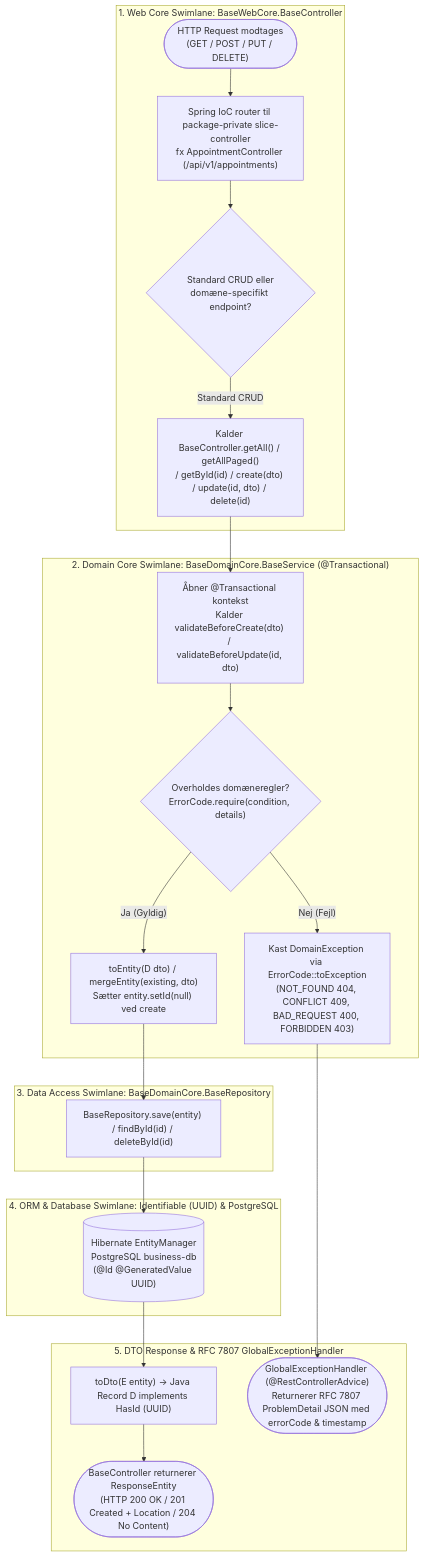
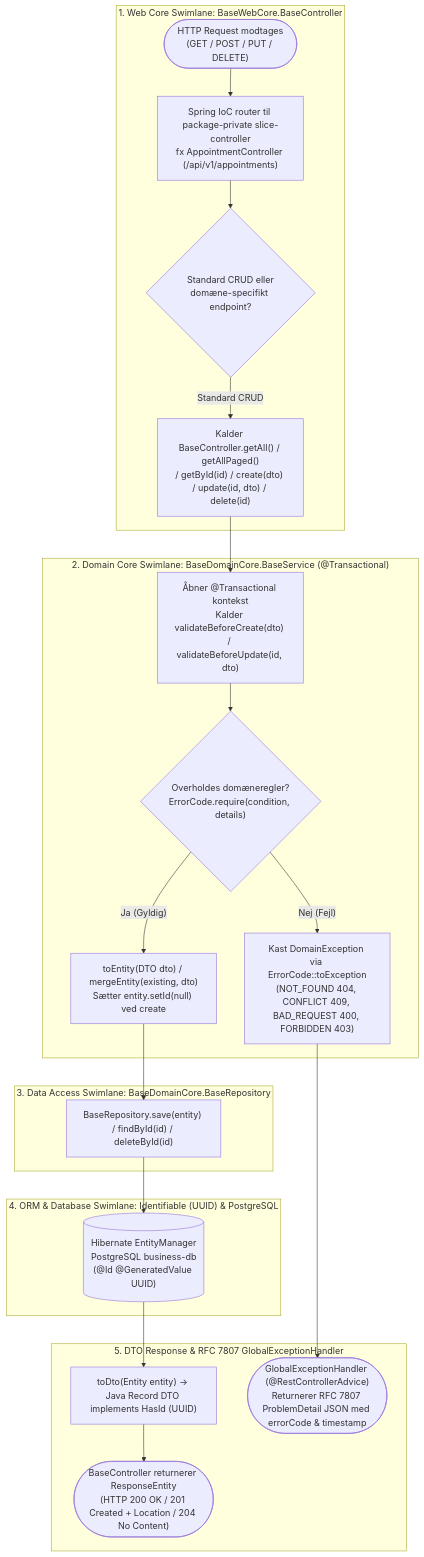
One commit to 7-3-N-3-7/api changed the ninth of 24 diagrams in HOVEDOPGAVE_DIAGRAMMER.md. Above: the diagram before and after it, drawn with Mermaid. The commit also changed other lines of this file and 64 other files, not shown here.

First line of the commit message:
fix github pages diagrams (#104)

````diff
--- a/HOVEDOPGAVE_DIAGRAMMER.md
+++ b/HOVEDOPGAVE_DIAGRAMMER.md
@@ -500,29 +500,29 @@
 ```mermaid
 flowchart TD
-    subgraph Lane1["1. Web Core Swimlane: BaseWebCore.BaseController<E, D>"]
+    subgraph Lane1["1. Web Core Swimlane: BaseWebCore.BaseController<Entity, DTO>"]
         A1(["HTTP Request modtages\n(GET / POST / PUT / DELETE)"]) --> A2["Spring IoC router til package-private slice-controller\nfx AppointmentController (/api/v1/appointments)"]
         A2 --> A3{"Standard CRUD eller\ndomæne-specifikt endpoint?"}
         A3 -- "Standard CRUD" --> A4["Kalder BaseController.getAll() / getAllPaged()\n/ getById(id) / create(dto) / update(id, dto) / delete(id)"]
     end
 
-    subgraph Lane2["2. Domain Core Swimlane: BaseDomainCore.BaseService<E, D> (@Transactional)"]
+    subgraph Lane2["2. Domain Core Swimlane: BaseDomainCore.BaseService<Entity, DTO> (@Transactional)"]
         A4 --> B1["Åbner @Transactional kontekst\nKalder validateBeforeCreate(dto) / validateBeforeUpdate(id, dto)"]
         B1 --> B2{"Overholdes domæneregler?\nErrorCode.require(condition, details)"}
         B2 -- "Nej (Fejl)" --> BErr["Kast DomainException via ErrorCode::toException\n(NOT_FOUND 404, CONFLICT 409, BAD_REQUEST 400, FORBIDDEN 403)"]
-        B2 -- "Ja (Gyldig)" --> B3["toEntity(D dto) / mergeEntity(existing, dto)\nSætter entity.setId(null) ved create"]
+        B2 -- "Ja (Gyldig)" --> B3["toEntity(DTO dto) / mergeEntity(existing, dto)\nSætter entity.setId(null) ved create"]
     end
 
-    subgraph Lane3["3. Data Access Swimlane: BaseDomainCore.BaseRepository<E>"]
+    subgraph Lane3["3. Data Access Swimlane: BaseDomainCore.BaseRepository<Entity>"]
         B3 --> C1["BaseRepository.save(entity) / findById(id) / deleteById(id)"]
     end
 
     subgraph Lane4["4. ORM & Database Swimlane: Identifiable (UUID) & PostgreSQL"]
         C1 --> D1[("Hibernate EntityManager\nPostgreSQL business-db\n(@Id @GeneratedValue UUID)")]
     end
 
     subgraph Lane5["5. DTO Response & RFC 7807 GlobalExceptionHandler"]
-        D1 --> E1["toDto(E entity) -> Java Record D implements HasId (UUID)"]
-        E1 --> E2(["BaseController returnerer ResponseEntity<D>\n(HTTP 200 OK / 201 Created + Location / 204 No Content)"])
+        D1 --> E1["toDto(Entity entity) -> Java Record DTO implements HasId (UUID)"]
+        E1 --> E2(["BaseController returnerer ResponseEntity<DTO>\n(HTTP 200 OK / 201 Created + Location / 204 No Content)"])
         BErr --> E3(["GlobalExceptionHandler (@RestControllerAdvice)\nReturnerer RFC 7807 ProblemDetail JSON med errorCode & timestamp"])
     end
 ```
````
